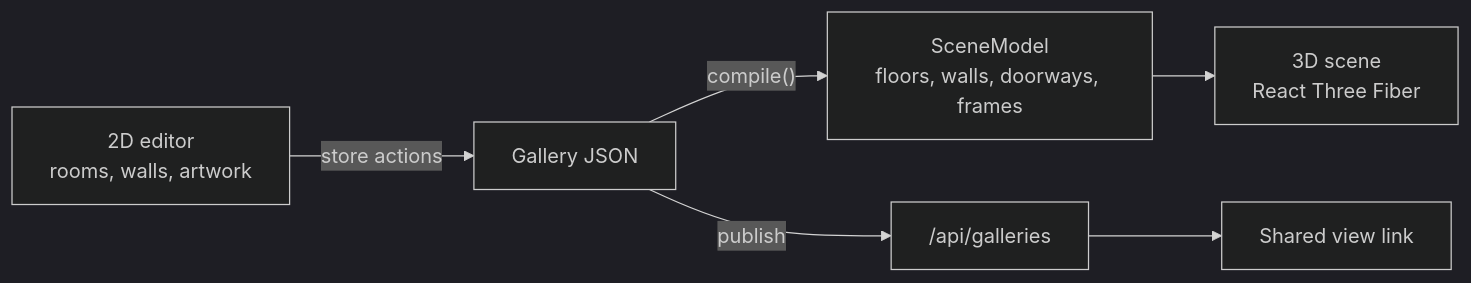
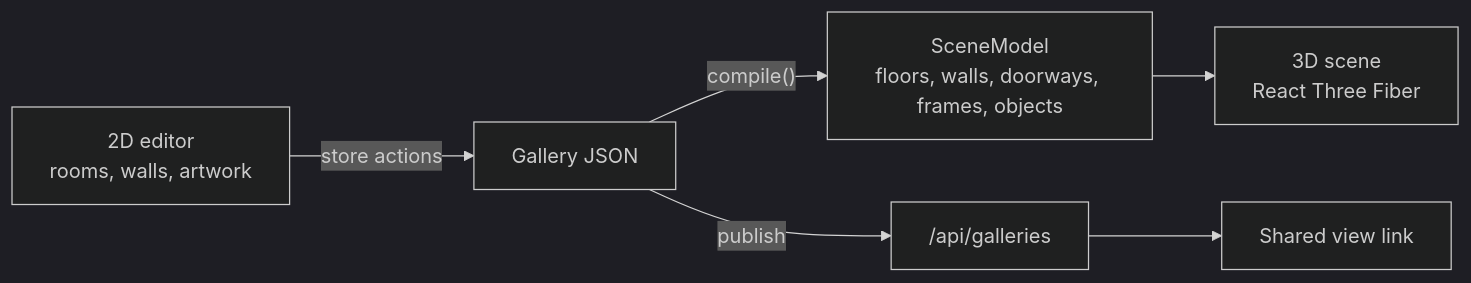
One commit to PegasusXLab/main changed the diagram in README.md. Above: the diagram before and after it, drawn with Mermaid (dark theme). The commit also changed other lines of this file and 4 other files, not shown here.

````diff
--- a/README.md
+++ b/README.md
@@ -57,7 +78,7 @@
 ```mermaid
 flowchart LR
   E["2D editor<br/>rooms, walls, artwork"] -- store actions --> G["Gallery JSON"]
-  G -- "compile()" --> S["SceneModel<br/>floors, walls, doorways, frames"]
+  G -- "compile()" --> S["SceneModel<br/>floors, walls, doorways, frames, objects"]
   S --> R["3D scene<br/>React Three Fiber"]
   G -- publish --> API["/api/galleries"] --> V["Shared view link"]
 ```
````
